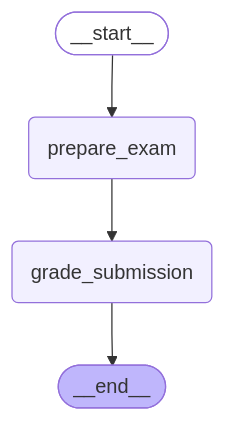
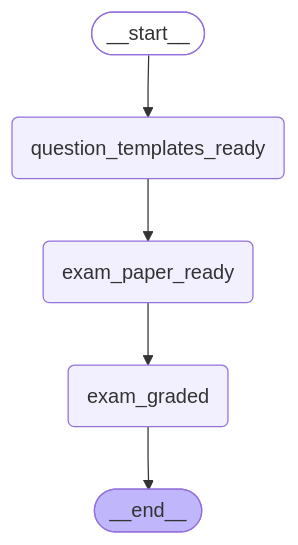
One commit to aiteachme/AITeachMe changed the diagram in backend/scripts/.generated_workflow_diagrams/examine_flow.md. Above: the diagram before and after it, drawn with Mermaid. The commit also changed other lines of this file and 28 other files, not shown here.

````diff
--- a/backend/scripts/.generated_workflow_diagrams/examine_flow.md
+++ b/backend/scripts/.generated_workflow_diagrams/examine_flow.md
@@ -5,18 +5,20 @@
 ```mermaid
 ---
 config:
   flowchart:
     curve: linear
 ---
 graph TD;
 	__start__([<p>__start__</p>]):::first
-	prepare_exam(prepare_exam)
-	grade_submission(grade_submission)
+	question_templates_ready(question_templates_ready)
+	exam_paper_ready(exam_paper_ready)
+	exam_graded(exam_graded)
 	__end__([<p>__end__</p>]):::last
-	__start__ --> prepare_exam;
-	prepare_exam --> grade_submission;
-	grade_submission --> __end__;
+	__start__ --> question_templates_ready;
+	exam_paper_ready --> exam_graded;
+	question_templates_ready --> exam_paper_ready;
+	exam_graded --> __end__;
 	classDef default fill:#f2f0ff,line-height:1.2
 	classDef first fill-opacity:0
 	classDef last fill:#bfb6fc
 ```
````
